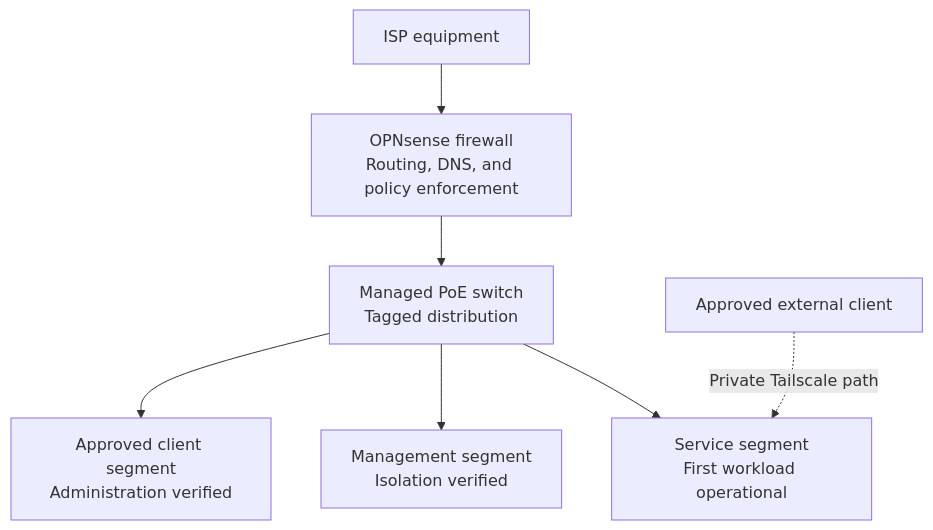
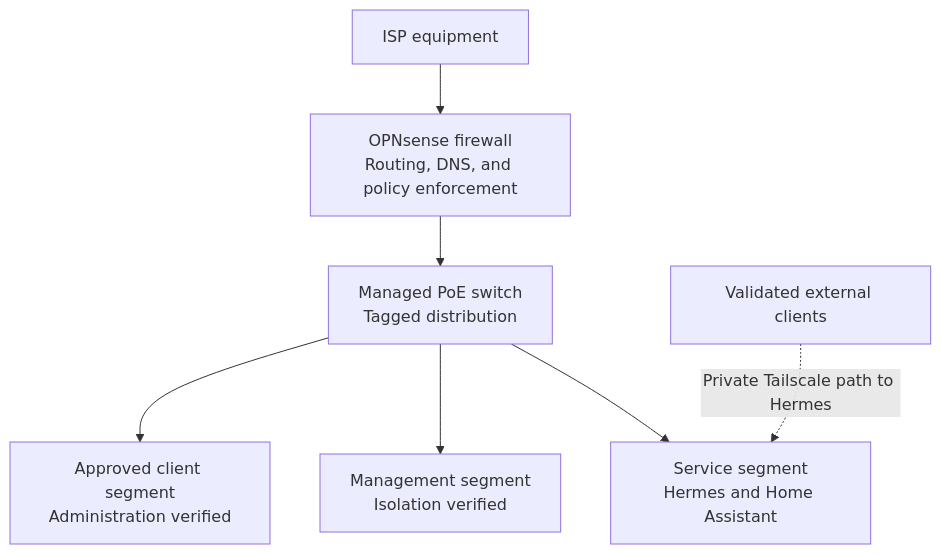
One commit to DeadPol8789/homelab changed the diagram in docs/opnsense-deployment.md. Above: the diagram before and after it, drawn with Mermaid. The commit also changed other lines of this file and 13 other files, not shown here.

First line of the commit message:
Document Home Assistant and initial monitoring (#10)

````diff
--- a/docs/opnsense-deployment.md
+++ b/docs/opnsense-deployment.md
@@ -41,9 +44,9 @@
 ```mermaid
 flowchart TD
     ISP["ISP equipment"] --> FW["OPNsense firewall<br/>Routing, DNS, and policy enforcement"]
     FW --> SW["Managed PoE switch<br/>Tagged distribution"]
     SW --> ZONE_A["Approved client segment<br/>Administration verified"]
     SW --> ZONE_B["Management segment<br/>Isolation verified"]
-    SW --> ZONE_C["Service segment<br/>First workload operational"]
-    REMOTE["Approved external client"] -. "Private Tailscale path" .-> ZONE_C
+    SW --> ZONE_C["Service segment<br/>Hermes and Home Assistant"]
+    REMOTE["Validated external clients"] -. "Private Tailscale path to Hermes" .-> ZONE_C
 ```
````
